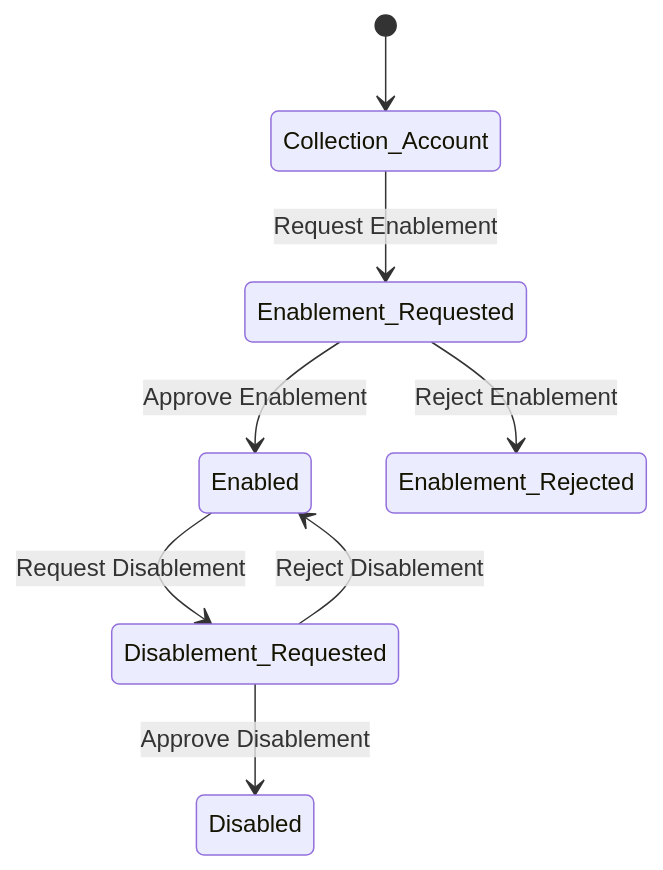
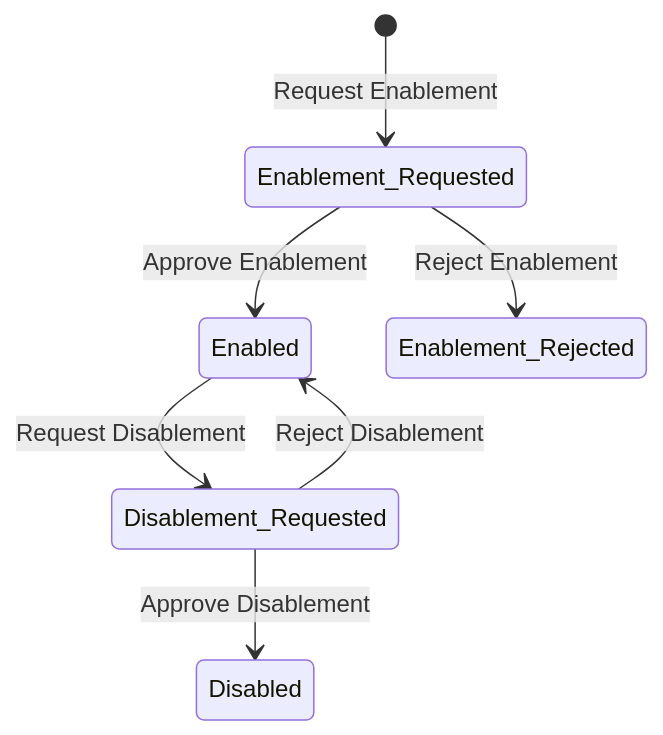
One commit to muskanTaza/Dash.Readme-docs changed the diagram in reference/Tazapay API/global-collection-account-object/state-diagram.md. Above: the diagram before and after it, drawn with Mermaid.

Commit message:
Update reference `state-diagram`

````diff
--- a/reference/Tazapay API/global-collection-account-object/state-diagram.md
+++ b/reference/Tazapay API/global-collection-account-object/state-diagram.md
@@ -10,11 +10,10 @@
 ```mermaid
 stateDiagram-v2
-    [*] --> Collection_Account
-    Collection_Account --> Enablement_Requested : Request Enablement
+    [*] --> Enablement_Requested : Request Enablement
     Enablement_Requested --> Enabled : Approve Enablement
     Enablement_Requested --> Enablement_Rejected : Reject Enablement
     Enabled --> Disablement_Requested : Request Disablement
     Disablement_Requested --> Disabled : Approve Disablement
     Disablement_Requested --> Enabled : Reject Disablement
 
 ```
````
